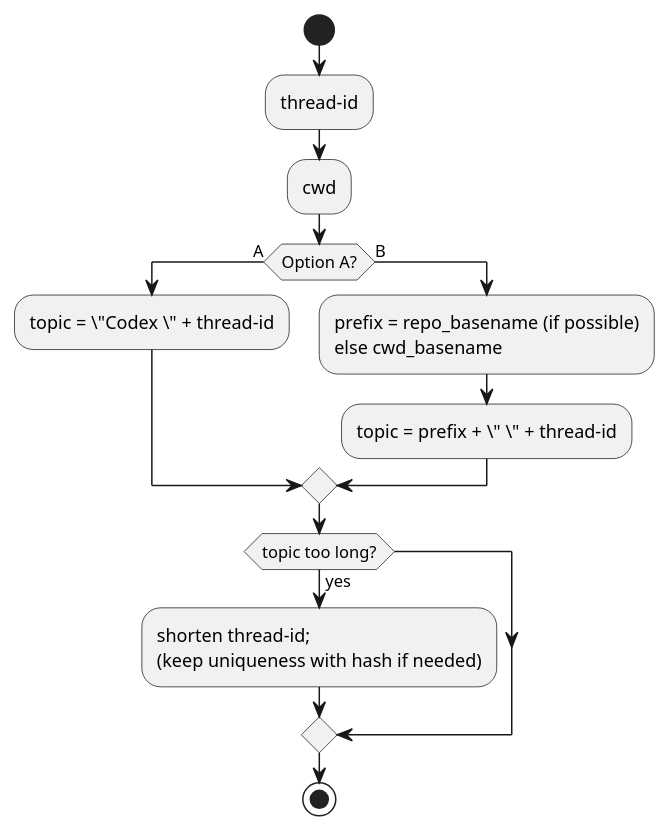
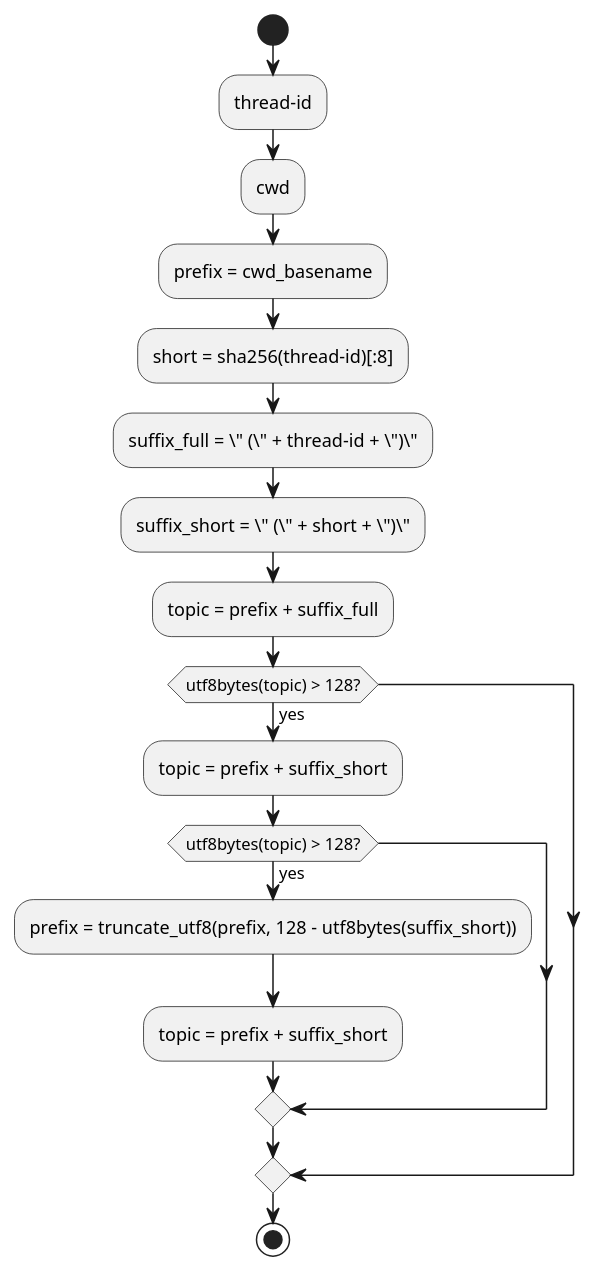
The diagram in spec-dock/initiatives/init-local-00001-codex-notify-json-logger/adrs/adr-00002-telegram-topic-naming.md (chemitaro/codex-agent-logger), drawn with PlantUML before and after one commit. The commit also changed other lines of this file and 23 other files, not shown here.

````diff
--- a/spec-dock/initiatives/init-local-00001-codex-notify-json-logger/adrs/adr-00002-telegram-topic-naming.md
+++ b/spec-dock/initiatives/init-local-00001-codex-notify-json-logger/adrs/adr-00002-telegram-topic-naming.md
@@ -36,22 +37,25 @@
 ```plantuml
 @startuml
 skinparam monochrome true
 
 start
 :thread-id;
 :cwd;
 
-if (Option A?) then (A)
-  :topic = \"Codex \" + thread-id;
-else (B)
-  :prefix = repo_basename (if possible)\nelse cwd_basename;
-  :topic = prefix + \" \" + thread-id;
-endif
+:prefix = cwd_basename;
+:short = sha256(thread-id)[:8];
+:suffix_full = \" (\" + thread-id + \")\";
+:suffix_short = \" (\" + short + \")\";
+:topic = prefix + suffix_full;
 
-if (topic too long?) then (yes)
-  :shorten thread-id;\n(keep uniqueness with hash if needed);
+if (utf8bytes(topic) > 128?) then (yes)
+  :topic = prefix + suffix_short;
+  if (utf8bytes(topic) > 128?) then (yes)
+    :prefix = truncate_utf8(prefix, 128 - utf8bytes(suffix_short));
+    :topic = prefix + suffix_short;
+  endif
 endif
 
 stop
 @enduml
 ```
````
